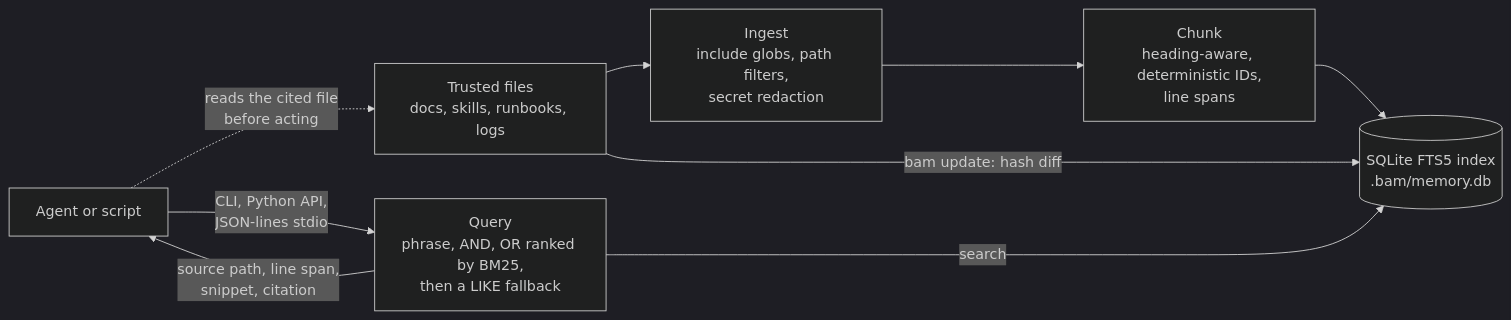
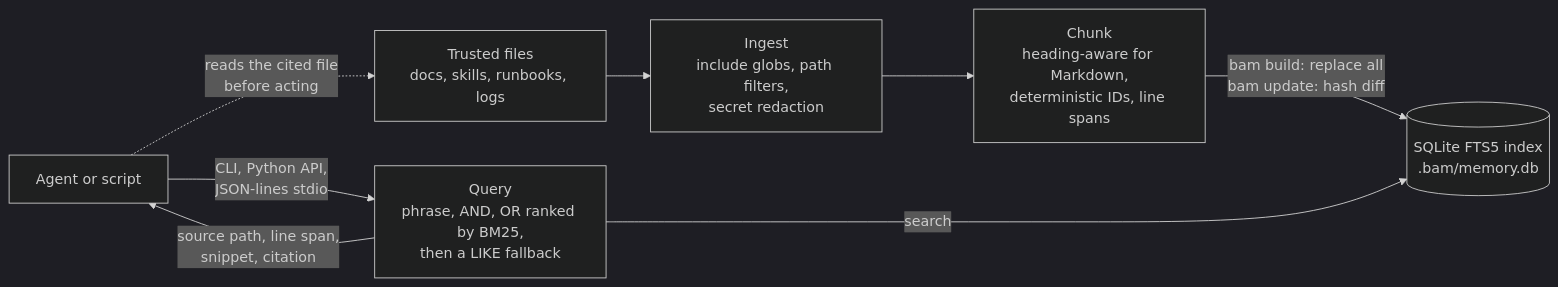
The diagram in docs/architecture.mmd (hskl18/boring-agent-memory), drawn with Mermaid (dark theme) before and after one commit. The commit also changed 3 other files, not shown here.

Commit message:
docs: correct the diagram and README points a review found

```diff
--- a/docs/architecture.mmd
+++ b/docs/architecture.mmd
@@ -1,9 +1,9 @@
 flowchart LR
   Files["Trusted files<br/>docs, skills, runbooks, logs"] --> Ingest["Ingest<br/>include globs, path filters,<br/>secret redaction"]
-  Ingest --> Chunk["Chunk<br/>heading-aware, deterministic IDs,<br/>line spans"]
-  Chunk --> DB[("SQLite FTS5 index<br/>.bam/memory.db")]
-  Files -->|"bam update: hash diff"| DB
+  Ingest --> Chunk["Chunk<br/>heading-aware for Markdown,<br/>deterministic IDs, line spans"]
+  Chunk -->|"bam build: replace all<br/>bam update: hash diff"| DB[("SQLite FTS5 index<br/>.bam/memory.db")]
   Agent["Agent or script"] -->|"CLI, Python API,<br/>JSON-lines stdio"| Query["Query<br/>phrase, AND, OR ranked by BM25,<br/>then a LIKE fallback"]
   Query -->|"search"| DB
   Query -->|"source path, line span,<br/>snippet, citation"| Agent
   Agent -.->|"reads the cited file<br/>before acting"| Files
+%% Edit this file, then render architecture-light.svg and architecture-dark.svg from it again.
```
